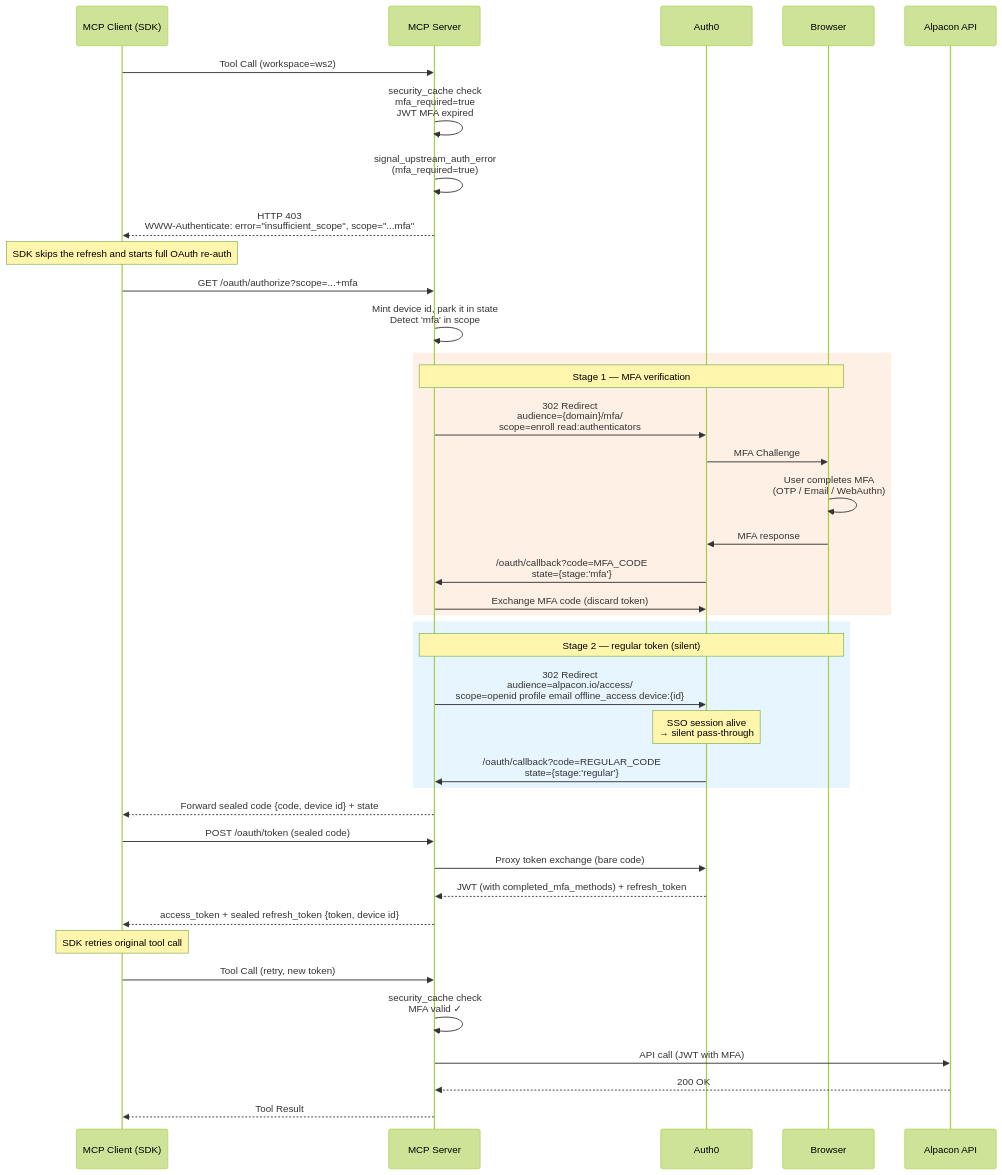
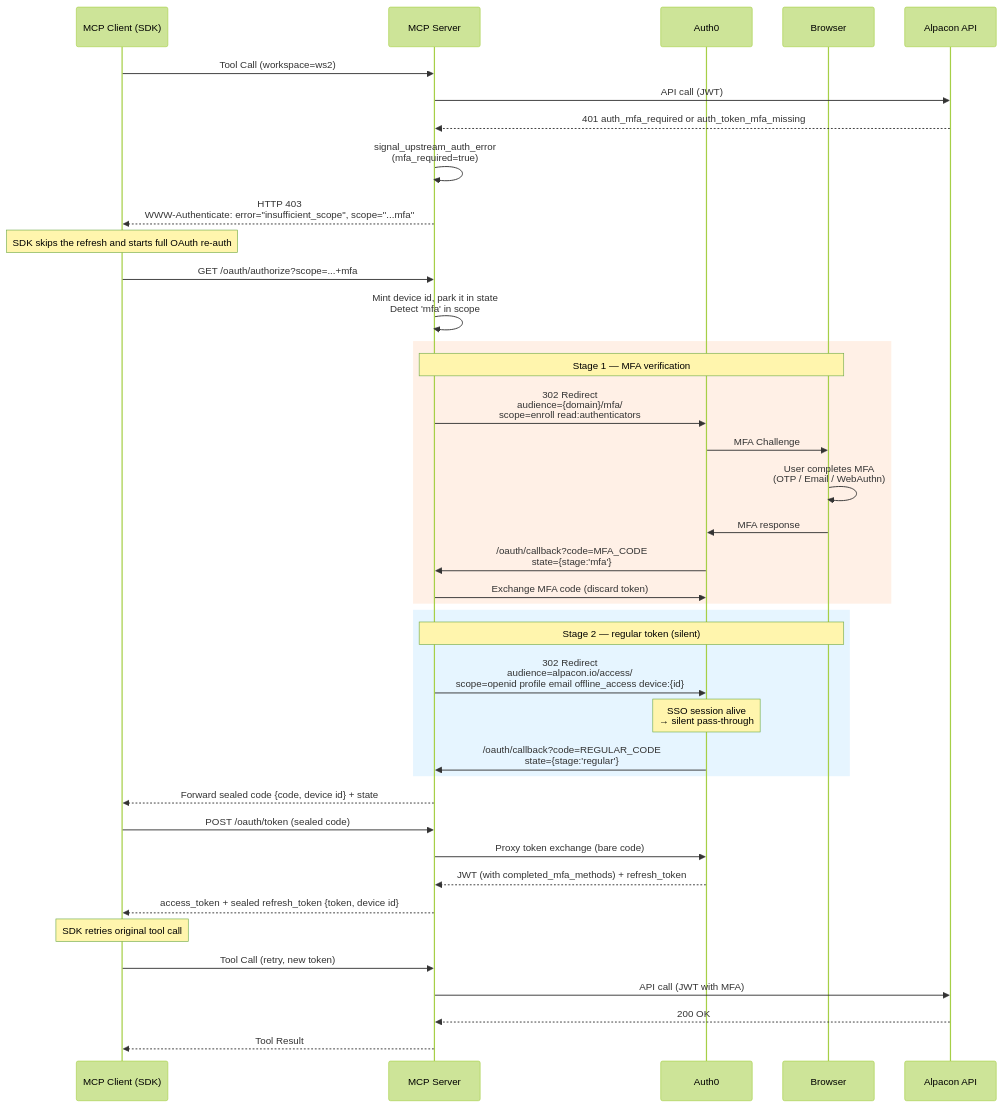
Before and after one commit to alpacax/alpacon-mcp: the second of 2 diagrams in docs/mfa-reauth-flow.md, drawn with Mermaid (forest theme). The commit also changed other lines of this file and 11 other files, not shown here.

First line of the commit message:
refactor(mfa): drop the local MFA pre-check and let Alpacon decide (#427)

````diff
--- a/docs/mfa-reauth-flow.md
+++ b/docs/mfa-reauth-flow.md
@@ -32,51 +29,50 @@
 ```mermaid
 sequenceDiagram
     participant C as MCP Client (SDK)
     participant S as MCP Server
     participant A0 as Auth0
     participant B as Browser
+    participant API as Alpacon API
 
     C->>S: Tool Call (workspace=ws2)
-    S->>S: security_cache check<br/>mfa_required=true<br/>JWT MFA expired
+    S->>API: API call (JWT)
+    API-->>S: 401 auth_mfa_required or auth_token_mfa_missing
 
     S->>S: signal_upstream_auth_error<br/>(mfa_required=true)
     S-->>C: HTTP 403<br/>WWW-Authenticate: error="insufficient_scope", scope="...mfa"
 
     Note over C: SDK skips the refresh and starts full OAuth re-auth
 
     C->>S: GET /oauth/authorize?scope=...+mfa
     S->>S: Mint device id, park it in state<br/>Detect 'mfa' in scope
 
     rect rgb(255, 240, 230)
         Note over S,B: Stage 1 — MFA verification
         S->>A0: 302 Redirect<br/>audience={domain}/mfa/<br/>scope=enroll read:authenticators
         A0->>B: MFA Challenge
         B->>B: User completes MFA<br/>(OTP / Email / WebAuthn)
         B->>A0: MFA response
         A0->>S: /oauth/callback?code=MFA_CODE<br/>state={stage:'mfa'}
         S->>A0: Exchange MFA code (discard token)
     end
 
     rect rgb(230, 245, 255)
         Note over S,B: Stage 2 — regular token (silent)
         S->>A0: 302 Redirect<br/>audience=alpacon.io/access/<br/>scope=openid profile email offline_access device:{id}
         Note over A0: SSO session alive<br/>→ silent pass-through
         A0->>S: /oauth/callback?code=REGULAR_CODE<br/>state={stage:'regular'}
     end
 
     S-->>C: Forward sealed code {code, device id} + state
     C->>S: POST /oauth/token (sealed code)
     S->>A0: Proxy token exchange (bare code)
     A0-->>S: JWT (with completed_mfa_methods) + refresh_token
     S-->>C: access_token + sealed refresh_token {token, device id}
 
     Note over C: SDK retries original tool call
 
     C->>S: Tool Call (retry, new token)
-    S->>S: security_cache check<br/>MFA valid ✓
-
-    participant API as Alpacon API
     S->>API: API call (JWT with MFA)
     API-->>S: 200 OK
     S-->>C: Tool Result
 ```
````
